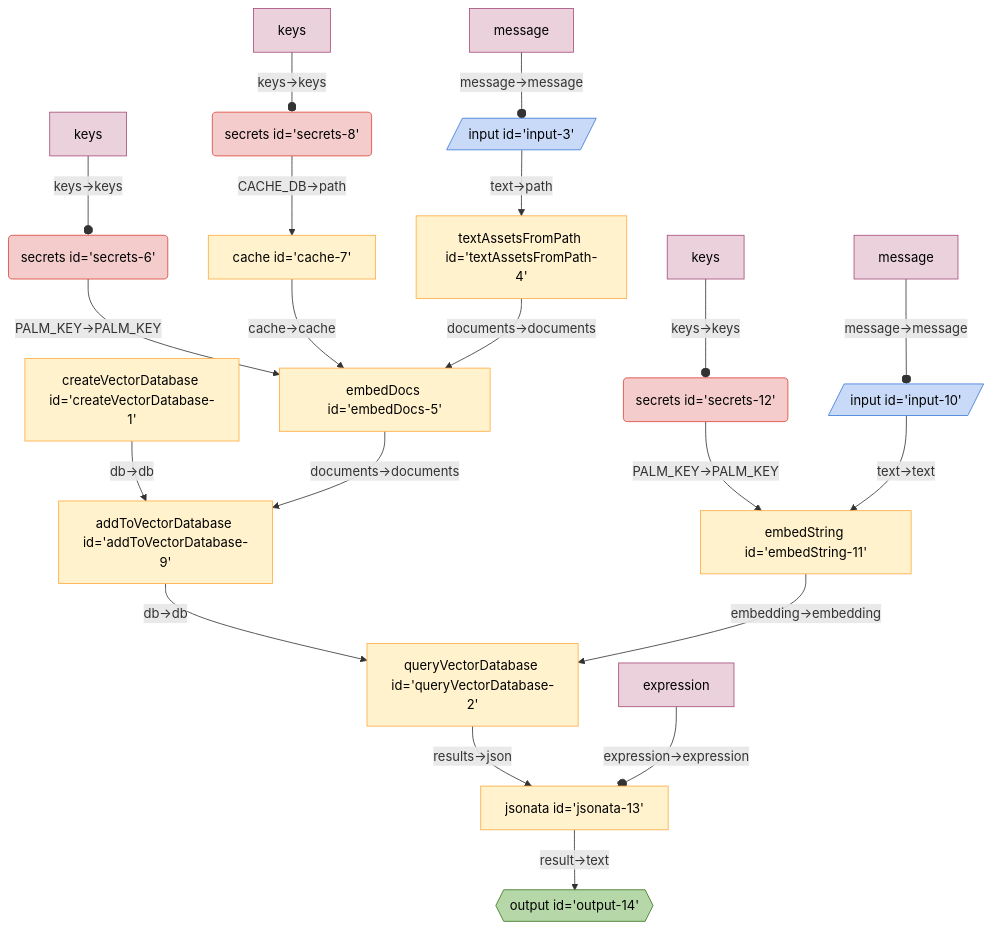
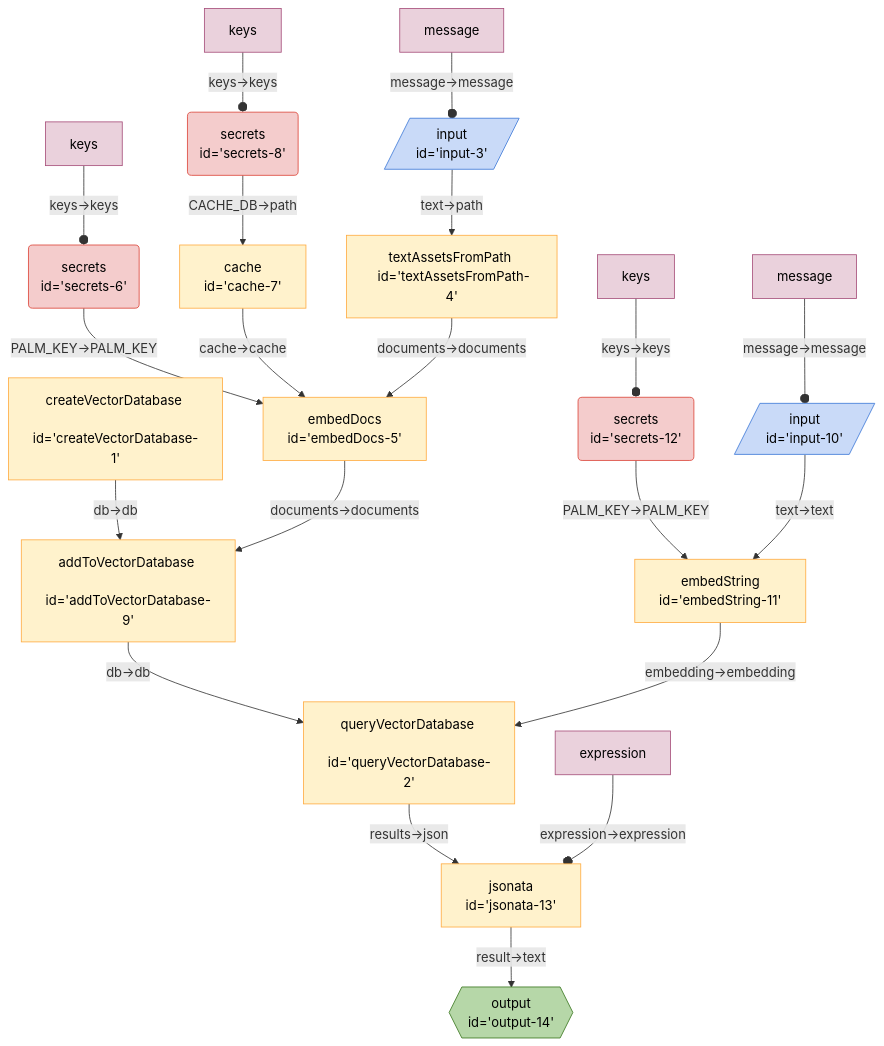
One commit to breadboard-ai/breadboard changed the diagram in seeds/graph-playground/docs/graphs/find-file-by-similarity.md. Above: the diagram before and after it, drawn with Mermaid. The commit also changed 16 other files, not shown here.

First line of the commit message:
add line break back to mermaid diagrams

````diff
--- a/seeds/graph-playground/docs/graphs/find-file-by-similarity.md
+++ b/seeds/graph-playground/docs/graphs/find-file-by-similarity.md
@@ -5,31 +5,31 @@
   ```mermaid
   %%{init: 'themeVariables': { 'fontFamily': 'Fira Code, monospace' }}%%
 graph TD;
-secrets6("secrets id='secrets-6'"):::secrets -- "PALM_KEY->PALM_KEY" --> embedDocs5["embedDocs id='embedDocs-5'"]
-secrets8("secrets id='secrets-8'"):::secrets -- "CACHE_DB->path" --> cache7["cache id='cache-7'"]
-cache7["cache id='cache-7'"] -- "cache->cache" --> embedDocs5["embedDocs id='embedDocs-5'"]
-createVectorDatabase1["createVectorDatabase id='createVectorDatabase-1'"] -- "db->db" --> addToVectorDatabase9["addToVectorDatabase id='addToVectorDatabase-9'"]
-addToVectorDatabase9["addToVectorDatabase id='addToVectorDatabase-9'"] -- "db->db" --> queryVectorDatabase2["queryVectorDatabase id='queryVectorDatabase-2'"]
-embedDocs5["embedDocs id='embedDocs-5'"] -- "documents->documents" --> addToVectorDatabase9["addToVectorDatabase id='addToVectorDatabase-9'"]
-textAssetsFromPath4["textAssetsFromPath id='textAssetsFromPath-4'"] -- "documents->documents" --> embedDocs5["embedDocs id='embedDocs-5'"]
-input3[/"input id='input-3'"/]:::input -- "text->path" --> textAssetsFromPath4["textAssetsFromPath id='textAssetsFromPath-4'"]
-secrets12("secrets id='secrets-12'"):::secrets -- "PALM_KEY->PALM_KEY" --> embedString11["embedString id='embedString-11'"]
-jsonata13["jsonata id='jsonata-13'"] -- "result->text" --> output14{{"output id='output-14'"}}:::output
-queryVectorDatabase2["queryVectorDatabase id='queryVectorDatabase-2'"] -- "results->json" --> jsonata13["jsonata id='jsonata-13'"]
-embedString11["embedString id='embedString-11'"] -- "embedding->embedding" --> queryVectorDatabase2["queryVectorDatabase id='queryVectorDatabase-2'"]
-input10[/"input id='input-10'"/]:::input -- "text->text" --> embedString11["embedString id='embedString-11'"]
+secrets6("secrets <br> id='secrets-6'"):::secrets -- "PALM_KEY->PALM_KEY" --> embedDocs5["embedDocs <br> id='embedDocs-5'"]
+secrets8("secrets <br> id='secrets-8'"):::secrets -- "CACHE_DB->path" --> cache7["cache <br> id='cache-7'"]
+cache7["cache <br> id='cache-7'"] -- "cache->cache" --> embedDocs5["embedDocs <br> id='embedDocs-5'"]
+createVectorDatabase1["createVectorDatabase <br> id='createVectorDatabase-1'"] -- "db->db" --> addToVectorDatabase9["addToVectorDatabase <br> id='addToVectorDatabase-9'"]
+addToVectorDatabase9["addToVectorDatabase <br> id='addToVectorDatabase-9'"] -- "db->db" --> queryVectorDatabase2["queryVectorDatabase <br> id='queryVectorDatabase-2'"]
+embedDocs5["embedDocs <br> id='embedDocs-5'"] -- "documents->documents" --> addToVectorDatabase9["addToVectorDatabase <br> id='addToVectorDatabase-9'"]
+textAssetsFromPath4["textAssetsFromPath <br> id='textAssetsFromPath-4'"] -- "documents->documents" --> embedDocs5["embedDocs <br> id='embedDocs-5'"]
+input3[/"input <br> id='input-3'"/]:::input -- "text->path" --> textAssetsFromPath4["textAssetsFromPath <br> id='textAssetsFromPath-4'"]
+secrets12("secrets <br> id='secrets-12'"):::secrets -- "PALM_KEY->PALM_KEY" --> embedString11["embedString <br> id='embedString-11'"]
+jsonata13["jsonata <br> id='jsonata-13'"] -- "result->text" --> output14{{"output <br> id='output-14'"}}:::output
+queryVectorDatabase2["queryVectorDatabase <br> id='queryVectorDatabase-2'"] -- "results->json" --> jsonata13["jsonata <br> id='jsonata-13'"]
+embedString11["embedString <br> id='embedString-11'"] -- "embedding->embedding" --> queryVectorDatabase2["queryVectorDatabase <br> id='queryVectorDatabase-2'"]
+input10[/"input <br> id='input-10'"/]:::input -- "text->text" --> embedString11["embedString <br> id='embedString-11'"]
 messageinput3[message]:::config -- "message->message" --o input3
 keyssecrets6[keys]:::config -- "keys->keys" --o secrets6
 keyssecrets8[keys]:::config -- "keys->keys" --o secrets8
 messageinput10[message]:::config -- "message->message" --o input10
 keyssecrets12[keys]:::config -- "keys->keys" --o secrets12
 expressionjsonata13[expression]:::config -- "expression->expression" --o jsonata13
 classDef default stroke:#ffab40,fill:#fff2ccff,color:#000
 classDef input stroke:#3c78d8,fill:#c9daf8ff,color:#000
 classDef output stroke:#38761d,fill:#b6d7a8ff,color:#000
 classDef passthrough stroke:#a64d79,fill:#ead1dcff,color:#000
 classDef slot stroke:#a64d79,fill:#ead1dcff,color:#000
 classDef config stroke:#a64d79,fill:#ead1dcff,color:#000
 classDef secrets stroke:#db4437,fill:#f4cccc,color:#000
 classDef slotted stroke:#a64d79
   ```
````
